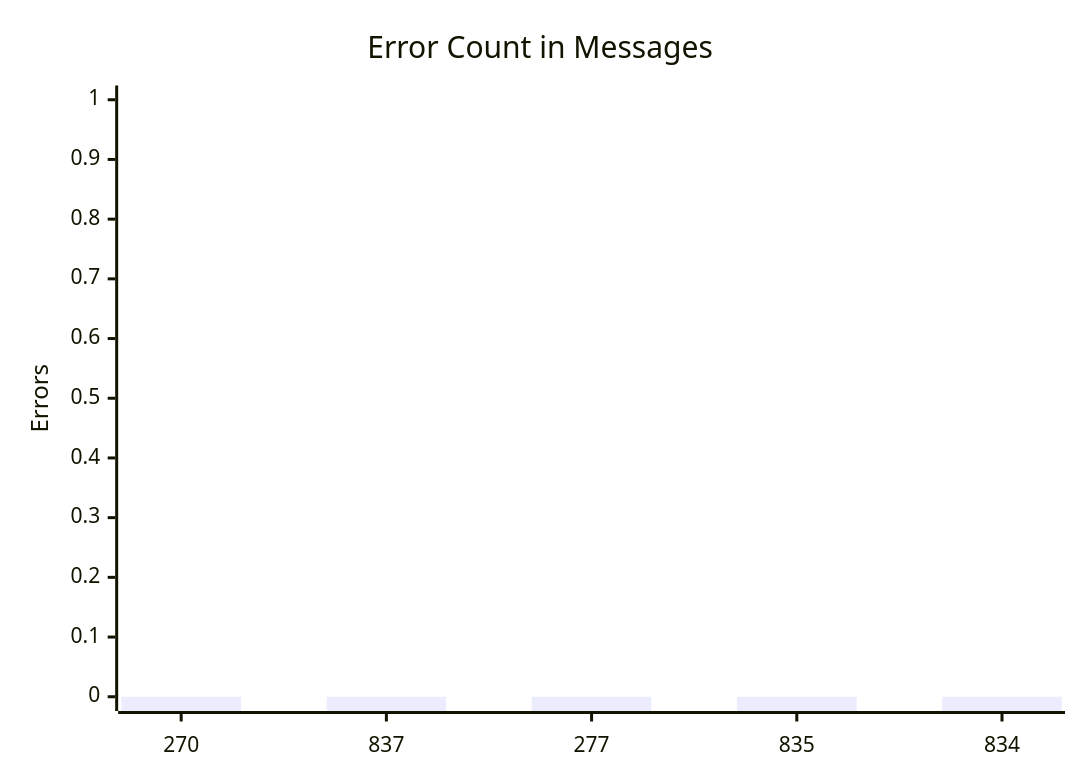
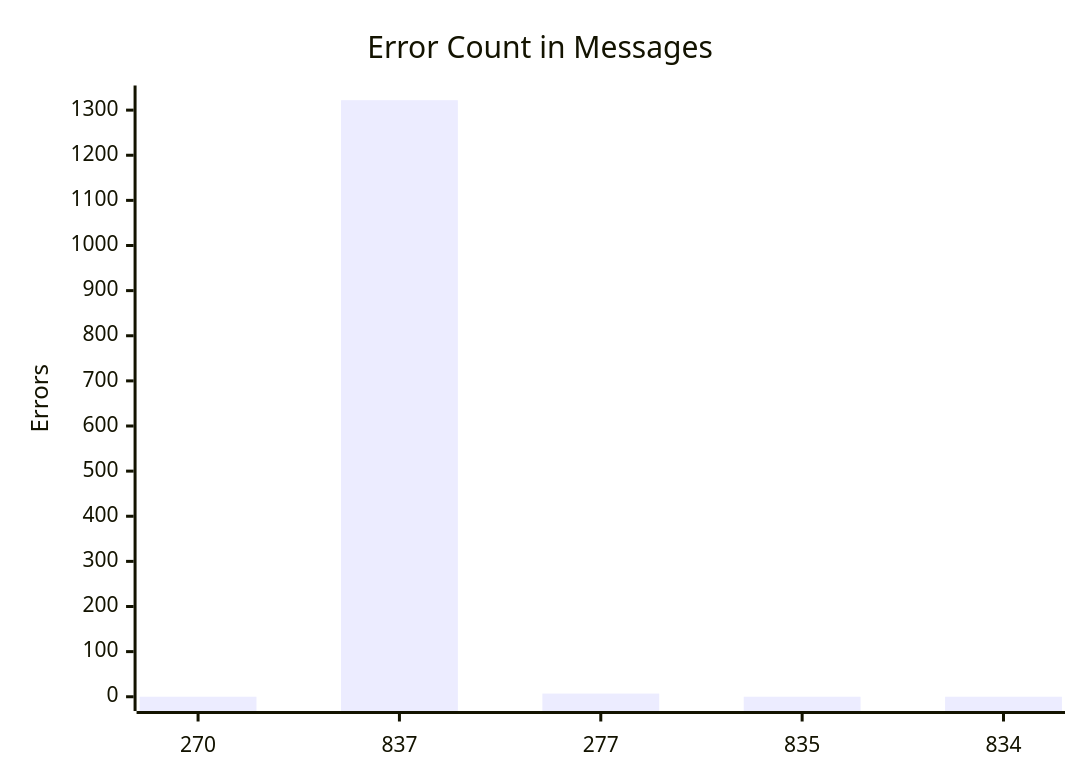
The third of 10 diagrams in test-tools/DataGen/src/Statistics_Visualizer.md (dhagan-va/intern-2025), drawn with Mermaid before and after one commit. The commit also changed other lines of this file and 5 other files, not shown here.

````diff
--- a/test-tools/DataGen/src/Statistics_Visualizer.md
+++ b/test-tools/DataGen/src/Statistics_Visualizer.md
@@ -40,7 +40,7 @@
 ```mermaid
 xychart-beta
     title "Error Count in Messages"
     x-axis ["270", "837", "277", "835", "834"]
-    y-axis "Errors" 0 --> 1
-    bar [0, 0, 0, 0, 0]
+    y-axis "Errors" 0 --> 1323
+    bar [0, 1322, 7, 0, 0]
 ```
````
